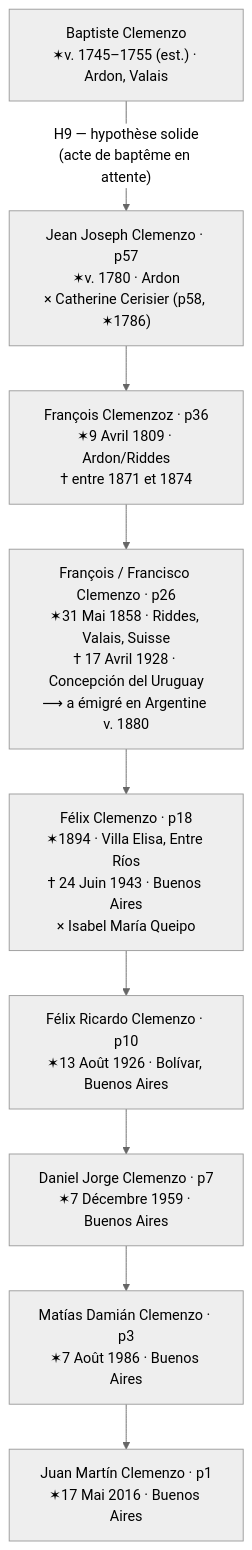
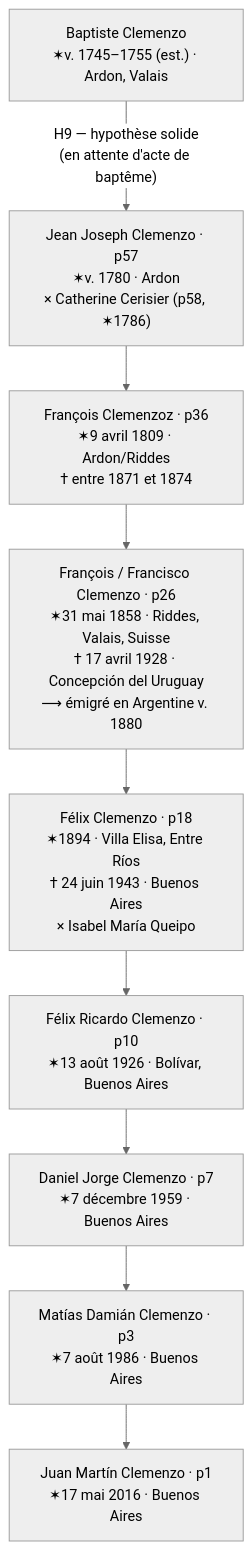
The first of 2 diagrams in content/posts/clan-clemenzo.fr.md (cmzo/web-genealogia), drawn with Mermaid (neutral theme) before and after one commit. The commit also changed other lines of this file and 10 other files, not shown here.

````diff
--- a/content/posts/clan-clemenzo.fr.md
+++ b/content/posts/clan-clemenzo.fr.md
@@ -576,21 +669,21 @@
 ```mermaid
 flowchart TD
     BAP["Baptiste Clemenzo\n✶v. 1745–1755 (est.) · Ardon, Valais"]
     JJC["Jean Joseph Clemenzo · p57\n✶v. 1780 · Ardon\n× Catherine Cerisier (p58, ✶1786)"]
-    FR2["François Clemenzoz · p36\n✶9 Avril 1809 · Ardon/Riddes\n† entre 1871 et 1874"]
-    FRA["François / Francisco Clemenzo · p26\n✶31 Mai 1858 · Riddes, Valais, Suisse\n† 17 Avril 1928 · Concepción del Uruguay\n⟶ a émigré en Argentine v. 1880"]
-    FEL["Félix Clemenzo · p18\n✶1894 · Villa Elisa, Entre Ríos\n† 24 Juin 1943 · Buenos Aires\n× Isabel María Queipo"]
-    FER["Félix Ricardo Clemenzo · p10\n✶13 Août 1926 · Bolívar, Buenos Aires"]
-    DAN["Daniel Jorge Clemenzo · p7\n✶7 Décembre 1959 · Buenos Aires"]
-    MAT["Matías Damián Clemenzo · p3\n✶7 Août 1986 · Buenos Aires"]
-    JM["Juan Martín Clemenzo · p1\n✶17 Mai 2016 · Buenos Aires"]
+    FR2["François Clemenzoz · p36\n✶9 avril 1809 · Ardon/Riddes\n† entre 1871 et 1874"]
+    FRA["François / Francisco Clemenzo · p26\n✶31 mai 1858 · Riddes, Valais, Suisse\n† 17 avril 1928 · Concepción del Uruguay\n⟶ émigré en Argentine v. 1880"]
+    FEL["Félix Clemenzo · p18\n✶1894 · Villa Elisa, Entre Ríos\n† 24 juin 1943 · Buenos Aires\n× Isabel María Queipo"]
+    FER["Félix Ricardo Clemenzo · p10\n✶13 août 1926 · Bolívar, Buenos Aires"]
+    DAN["Daniel Jorge Clemenzo · p7\n✶7 décembre 1959 · Buenos Aires"]
+    MAT["Matías Damián Clemenzo · p3\n✶7 août 1986 · Buenos Aires"]
+    JM["Juan Martín Clemenzo · p1\n✶17 mai 2016 · Buenos Aires"]
 
-    BAP -->|"H9 — hypothèse solide\n(acte de baptême en attente)"| JJC
+    BAP -->|"H9 — hypothèse solide\n(en attente d'acte de baptême)"| JJC
     JJC --> FR2
     FR2 --> FRA
     FRA --> FEL
     FEL --> FER
     FER --> DAN
     DAN --> MAT
     MAT --> JM
 ```
````
